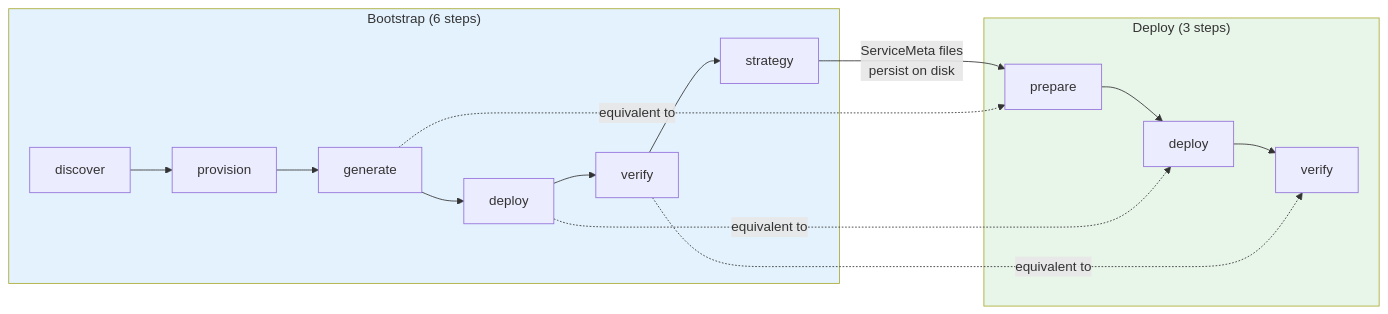
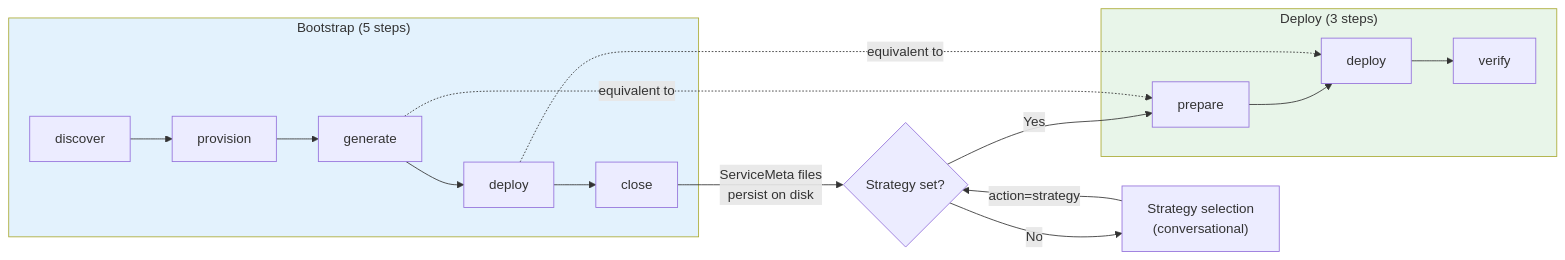
One commit to zeropsio/zcp changed the fourth of 8 diagrams in docs/spec-bootstrap-deploy.md. Above: the diagram before and after it, drawn with Mermaid. The commit also changed other lines of this file and 1 other file, not shown here.

First line of the commit message:
docs: update spec to 5-step bootstrap, add strategy gate, simplify plan

````diff
--- a/docs/spec-bootstrap-deploy.md
+++ b/docs/spec-bootstrap-deploy.md
@@ -588,19 +526,23 @@
 ```mermaid
 flowchart LR
-    subgraph Bootstrap ["Bootstrap (6 steps)"]
-        B1["discover"] --> B2["provision"] --> B3["generate"] --> B4["deploy"] --> B5["verify"] --> B6["strategy"]
+    subgraph Bootstrap ["Bootstrap (5 steps)"]
+        B1["discover"] --> B2["provision"] --> B3["generate"] --> B4["deploy"] --> B5["close"]
     end
 
     subgraph Deploy ["Deploy (3 steps)"]
         D1["prepare"] --> D2["deploy"] --> D3["verify"]
     end
 
-    B6 -->|"ServiceMeta files<br/>persist on disk"| D1
+    B5 -->|"ServiceMeta files<br/>persist on disk"| StratCheck
+
+    StratCheck{"Strategy set?"}
+    StratCheck -->|Yes| D1
+    StratCheck -->|"No"| StratSelect["Strategy selection<br/>(conversational)"]
+    StratSelect -->|"action=strategy"| StratCheck
 
     B3 -.->|"equivalent to"| D1
     B4 -.->|"equivalent to"| D2
-    B5 -.->|"equivalent to"| D3
 
     style Bootstrap fill:#e3f2fd
     style Deploy fill:#e8f5e9
 ```
````
